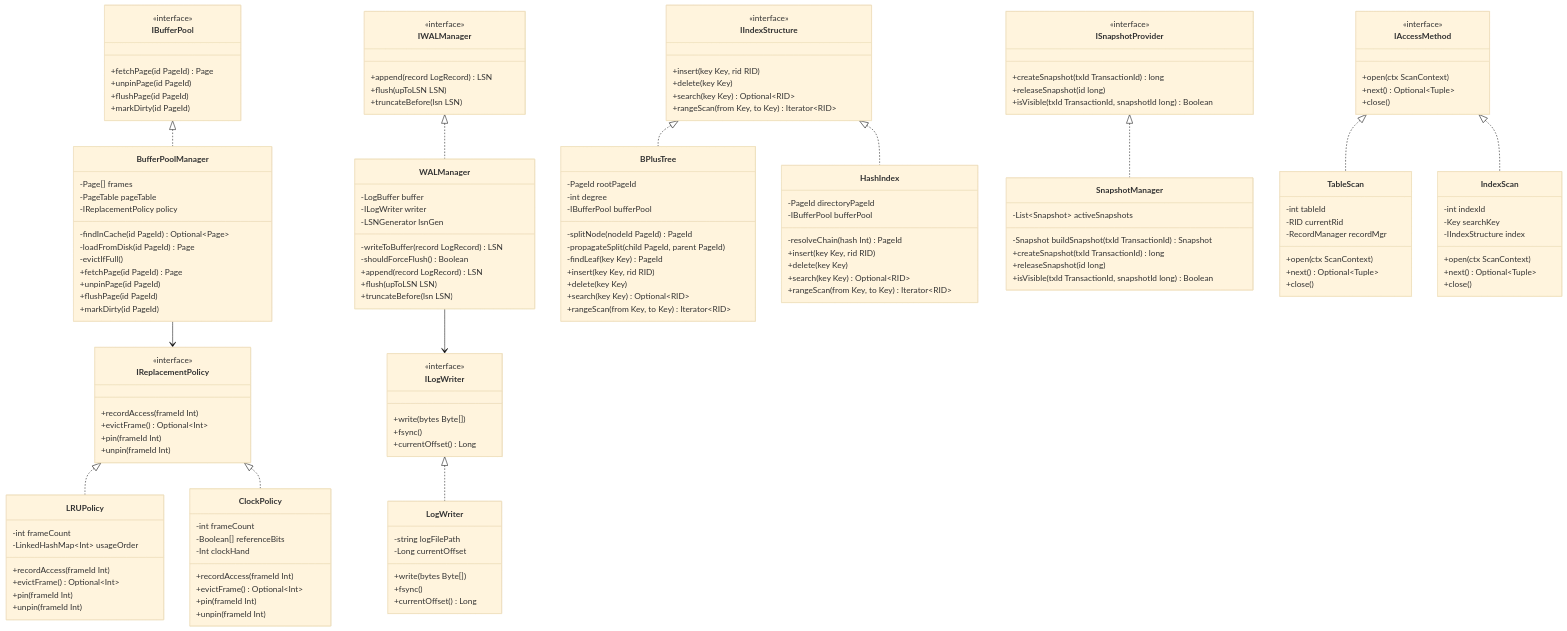
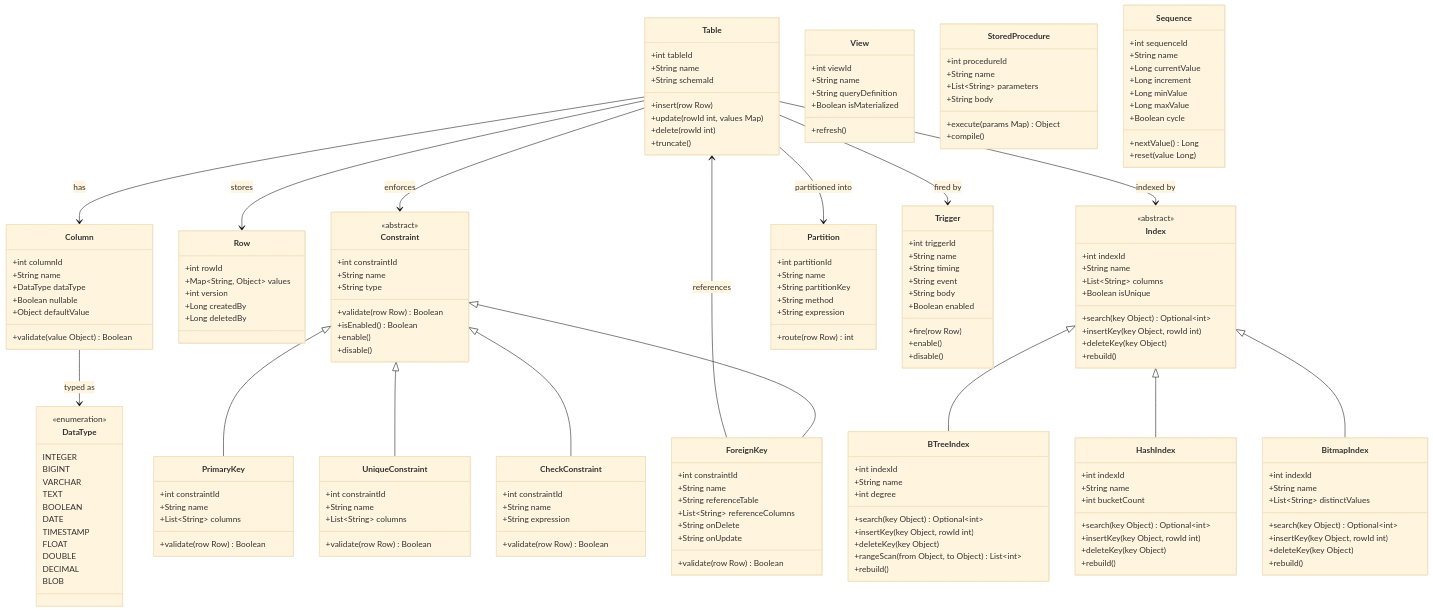
Before and after one commit to Hagiakhanh/bbv-dbms: the third of 8 diagrams in README.md, drawn with Mermaid (base theme). The commit also changed other lines of this file and 1 other file, not shown here.

Commit message:
update list test case database server

````diff
--- a/README.md
+++ b/README.md
@@ -272,156 +252,206 @@
 ```mermaid
 classDiagram
+direction TB
 
-    %% ── INTERFACES ─────────────────────────────────────────
-    class IBufferPool {
-        <<interface>>
-        +fetchPage(id PageId) Page
-        +unpinPage(id PageId)
-        +flushPage(id PageId)
-        +markDirty(id PageId)
-    }
-    class IWALManager {
-        <<interface>>
-        +append(record LogRecord) LSN
-        +flush(upToLSN LSN)
-        +truncateBefore(lsn LSN)
-    }
-    class ILogWriter {
-        <<interface>>
-        +write(bytes Byte[])
-        +fsync()
-        +currentOffset() Long
-    }
-    class IIndexStructure {
-        <<interface>>
-        +insert(key Key, rid RID)
-        +delete(key Key)
-        +search(key Key) Optional~RID~
-        +rangeScan(from Key, to Key) Iterator~RID~
-    }
-    class IReplacementPolicy {
-        <<interface>>
-        +recordAccess(frameId Int)
-        +evictFrame() Optional~Int~
-        +pin(frameId Int)
-        +unpin(frameId Int)
-    }
-    class ISnapshotProvider {
-        <<interface>>
-        +createSnapshot(txId TransactionId) long
-        +releaseSnapshot(id long)
-        +isVisible(txId TransactionId, snapshotId long) Boolean
-    }
-    class IAccessMethod {
-        <<interface>>
-        +open(ctx ScanContext)
-        +next() Optional~Tuple~
-        +close()
+    %% ── Core Table Objects ───────────────────────────────
+    class Table {
+        +int tableId
+        +String name
+        +String schemaId
+        +insert(row Row)
+        +update(rowId int, values Map)
+        +delete(rowId int)
+        +truncate()
     }
 
-    %% ── IMPLEMENTATIONS ────────────────────────────────────
-    class BufferPoolManager {
-        -Page[] frames
-        -PageTable pageTable
-        -IReplacementPolicy policy
-        -findInCache(id PageId) Optional~Page~
-        -loadFromDisk(id PageId) Page
-        -evictIfFull()
-        +fetchPage(id PageId) Page
-        +unpinPage(id PageId)
-        +flushPage(id PageId)
-        +markDirty(id PageId)
-    }
-    class WALManager {
-        -LogBuffer buffer
-        -ILogWriter writer
-        -LSNGenerator lsnGen
-        -writeToBuffer(record LogRecord) LSN
-        -shouldForceFlush() Boolean
-        +append(record LogRecord) LSN
-        +flush(upToLSN LSN)
-        +truncateBefore(lsn LSN)
-    }
-    class LogWriter {
-        -string logFilePath
-        -Long currentOffset
-        +write(bytes Byte[])
-        +fsync()
-        +currentOffset() Long
-    }
-    class BPlusTree {
-        -PageId rootPageId
-        -int degree
-        -IBufferPool bufferPool
-        -splitNode(nodeId PageId) PageId
-        -propagateSplit(child PageId, parent PageId)
-        -findLeaf(key Key) PageId
-        +insert(key Key, rid RID)
-        +delete(key Key)
-        +search(key Key) Optional~RID~
-        +rangeScan(from Key, to Key) Iterator~RID~
-    }
-    class HashIndex {
-        -PageId directoryPageId
-        -IBufferPool bufferPool
-        -resolveChain(hash Int) PageId
-        +insert(key Key, rid RID)
-        +delete(key Key)
-        +search(key Key) Optional~RID~
-        +rangeScan(from Key, to Key) Iterator~RID~
-    }
-    class LRUPolicy {
-        -int frameCount
-        -LinkedHashMap~Int~ usageOrder
-        +recordAccess(frameId Int)
-        +evictFrame() Optional~Int~
-        +pin(frameId Int)
-        +unpin(frameId Int)
-    }
-    class ClockPolicy {
-        -int frameCount
-        -Boolean[] referenceBits
-        -Int clockHand
-        +recordAccess(frameId Int)
-        +evictFrame() Optional~Int~
-        +pin(frameId Int)
-        +unpin(frameId Int)
-    }
-    class SnapshotManager {
-        -List~Snapshot~ activeSnapshots
-        -Snapshot buildSnapshot(txId TransactionId) Snapshot
-        +createSnapshot(txId TransactionId) long
-        +releaseSnapshot(id long)
-        +isVisible(txId TransactionId, snapshotId long) Boolean
-    }
-    class TableScan {
-        -int tableId
-        -RID currentRid
-        -RecordManager recordMgr
-        +open(ctx ScanContext)
-        +next() Optional~Tuple~
-        +close()
-    }
-    class IndexScan {
-        -int indexId
-        -Key searchKey
-        -IIndexStructure index
-        +open(ctx ScanContext)
-        +next() Optional~Tuple~
-        +close()
+    class Column {
+        +int columnId
+        +String name
+        +DataType dataType
+        +Boolean nullable
+        +Object defaultValue
+        +validate(value Object) Boolean
     }
 
-    IBufferPool <|.. BufferPoolManager
-    IWALManager <|.. WALManager
-    ILogWriter <|.. LogWriter
-    IIndexStructure <|.. BPlusTree
-    IIndexStructure <|.. HashIndex
-    IReplacementPolicy <|.. LRUPolicy
-    IReplacementPolicy <|.. ClockPolicy
-    ISnapshotProvider <|.. SnapshotManager
-    IAccessMethod <|.. TableScan
-    IAccessMethod <|.. IndexScan
+    class Row {
+        +int rowId
+        +Map~String, Object~ values
+        +int version
+        +Long createdBy
+        +Long deletedBy
+    }
 
-    WALManager --> ILogWriter
-    BufferPoolManager --> IReplacementPolicy
+    class DataType {
+        <<enumeration>>
+        INTEGER
+        BIGINT
+        VARCHAR
+        TEXT
+        BOOLEAN
+        DATE
+        TIMESTAMP
+        FLOAT
+        DOUBLE
+        DECIMAL
+        BLOB
+    }
+
+    %% ── Constraints ──────────────────────────────────────
+    class Constraint {
+        <<abstract>>
+        +int constraintId
+        +String name
+        +String type
+        +validate(row Row) Boolean
+        +isEnabled() Boolean
+        +enable()
+        +disable()
+    }
+
+    class PrimaryKey {
+        +int constraintId
+        +String name
+        +List~String~ columns
+        +validate(row Row) Boolean
+    }
+
+    class ForeignKey {
+        +int constraintId
+        +String name
+        +String referenceTable
+        +List~String~ referenceColumns
+        +String onDelete
+        +String onUpdate
+        +validate(row Row) Boolean
+    }
+
+    class UniqueConstraint {
+        +int constraintId
+        +String name
+        +List~String~ columns
+        +validate(row Row) Boolean
+    }
+
+    class CheckConstraint {
+        +int constraintId
+        +String name
+        +String expression
+        +validate(row Row) Boolean
+    }
+
+    %% ── Indexes ──────────────────────────────────────────
+    class Index {
+        <<abstract>>
+        +int indexId
+        +String name
+        +List~String~ columns
+        +Boolean isUnique
+        +search(key Object) Optional~int~
+        +insertKey(key Object, rowId int)
+        +deleteKey(key Object)
+        +rebuild()
+    }
+
+    class BTreeIndex {
+        +int indexId
+        +String name
+        +int degree
+        +search(key Object) Optional~int~
+        +insertKey(key Object, rowId int)
+        +deleteKey(key Object)
+        +rangeScan(from Object, to Object) List~int~
+        +rebuild()
+    }
+
+    class HashIndex {
+        +int indexId
+        +String name
+        +int bucketCount
+        +search(key Object) Optional~int~
+        +insertKey(key Object, rowId int)
+        +deleteKey(key Object)
+        +rebuild()
+    }
+
+    class BitmapIndex {
+        +int indexId
+        +String name
+        +List~String~ distinctValues
+        +search(key Object) Optional~int~
+        +insertKey(key Object, rowId int)
+        +deleteKey(key Object)
+        +rebuild()
+    }
+
+    %% ── Other Database Objects ───────────────────────────
+    class Partition {
+        +int partitionId
+        +String name
+        +String partitionKey
+        +String method
+        +String expression
+        +route(row Row) int
+    }
+
+    class View {
+        +int viewId
+        +String name
+        +String queryDefinition
+        +Boolean isMaterialized
+        +refresh()
+    }
+
+    class StoredProcedure {
+        +int procedureId
+        +String name
+        +List~String~ parameters
+        +String body
+        +execute(params Map) Object
+        +compile()
+    }
+
+    class Trigger {
+        +int triggerId
+        +String name
+        +String timing
+        +String event
+        +String body
+        +Boolean enabled
+        +fire(row Row)
+        +enable()
+        +disable()
+    }
+
+    class Sequence {
+        +int sequenceId
+        +String name
+        +Long currentValue
+        +Long increment
+        +Long minValue
+        +Long maxValue
+        +Boolean cycle
+        +nextValue() Long
+        +reset(value Long)
+    }
+
+    %% ── Relationships ────────────────────────────────────
+    Table --> Column       : has
+    Table --> Row          : stores
+    Table --> Constraint   : enforces
+    Table --> Index        : indexed by
+    Table --> Partition    : partitioned into
+    Table --> Trigger      : fired by
+
+    Column --> DataType    : typed as
+
+    Constraint <|-- PrimaryKey
+    Constraint <|-- ForeignKey
+    Constraint <|-- UniqueConstraint
+    Constraint <|-- CheckConstraint
+
+    ForeignKey --> Table   : references
+
+    Index <|-- BTreeIndex
+    Index <|-- HashIndex
+    Index <|-- BitmapIndex
 ```
````
